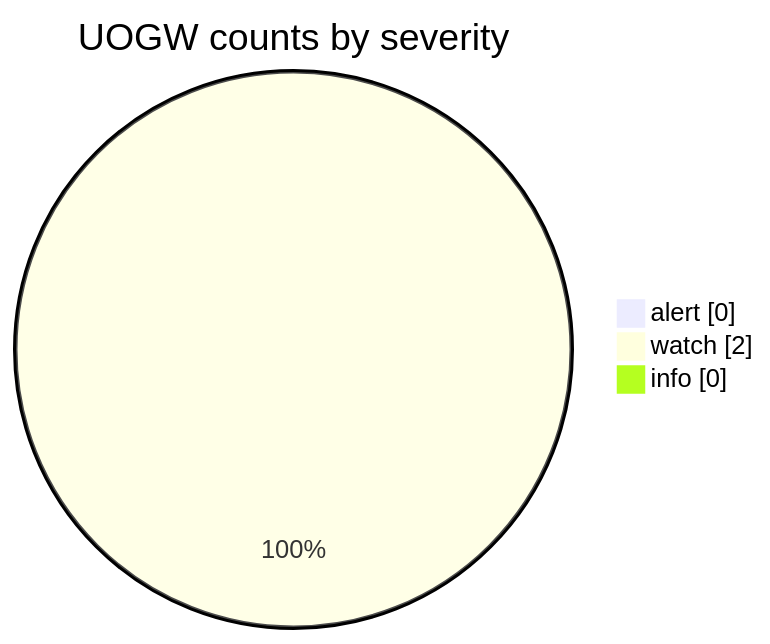
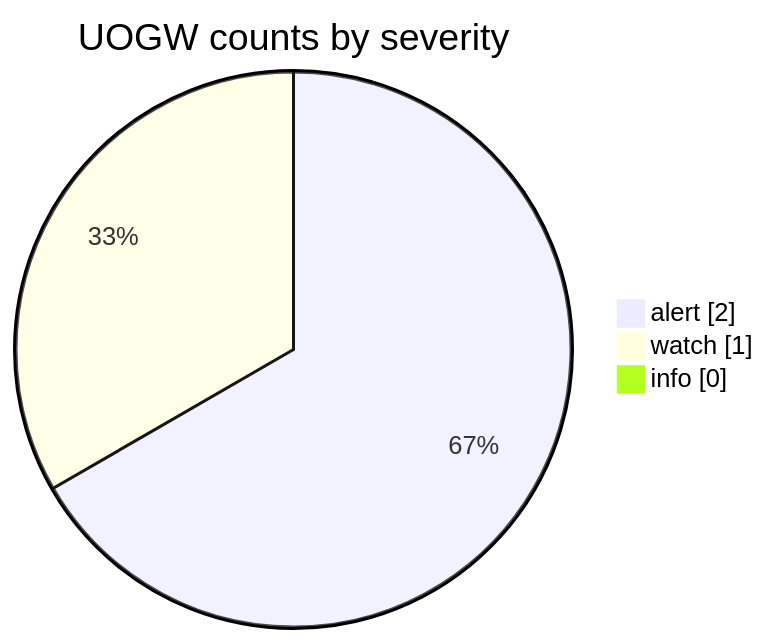
The fourth of 6 diagrams in docs/GRAPHS.md (Midwest-Stratospheric/aerostratospheric-defense-gir), drawn with Mermaid before and after one commit. The commit also changed other lines of this file and 23 other files, not shown here.

````diff
--- a/docs/GRAPHS.md
+++ b/docs/GRAPHS.md
@@ -66,7 +66,7 @@
 ```mermaid
 pie showData
   title UOGW counts by severity
-  "alert" : 0
-  "watch" : 2
+  "alert" : 2
+  "watch" : 1
   "info" : 0
 ```
````
